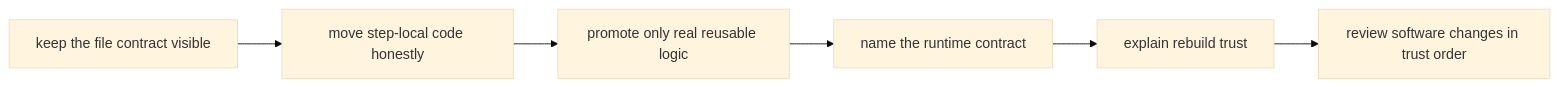
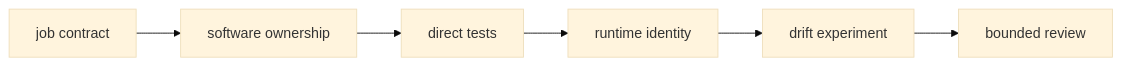
The first of 2 diagrams in programs/reproducible-research/deep-dive-snakemake/course-book/module-05-software-boundaries-reproducible-rules/exercises.md (bijux/bijux-masterclass), drawn with Mermaid (base theme) before and after one commit. The commit also changed other lines of this file, not shown here.

Commit message:
docs(snakemake): make software boundary practice cumulative

````diff
--- a/programs/reproducible-research/deep-dive-snakemake/course-book/module-05-software-boundaries-reproducible-rules/exercises.md
+++ b/programs/reproducible-research/deep-dive-snakemake/course-book/module-05-software-boundaries-reproducible-rules/exercises.md
@@ -68,11 +24,8 @@
 ```mermaid
 flowchart LR
-  contract["keep the file contract visible"]
-  script["move step-local code honestly"]
-  reuse["promote only real reusable logic"]
-  runtime["name the runtime contract"]
-  rebuild["explain rebuild trust"]
-  review["review software changes in trust order"]
-
-  contract --> script --> reuse --> runtime --> rebuild --> review
+  contract["job contract"] --> ownership["software ownership"]
+  ownership --> tests["direct tests"]
+  tests --> runtime["runtime identity"]
+  runtime --> drift["drift experiment"]
+  drift --> review["bounded review"]
 ```
````
